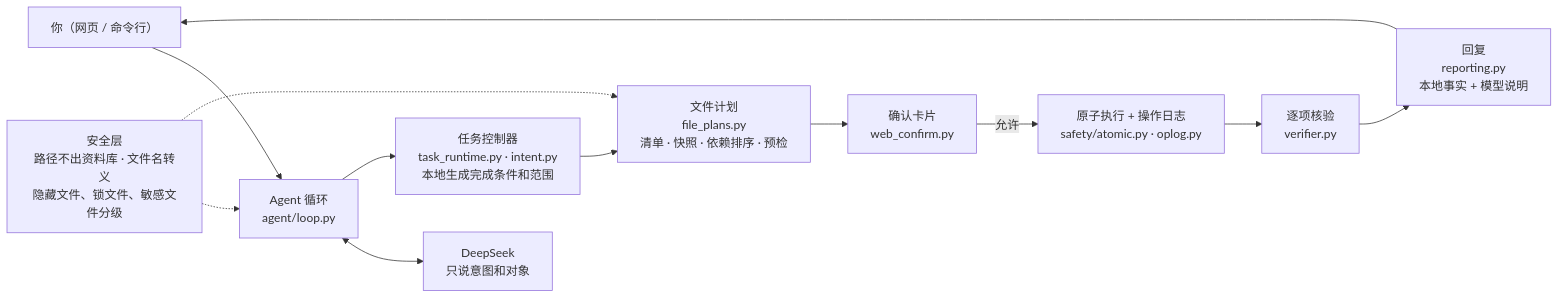
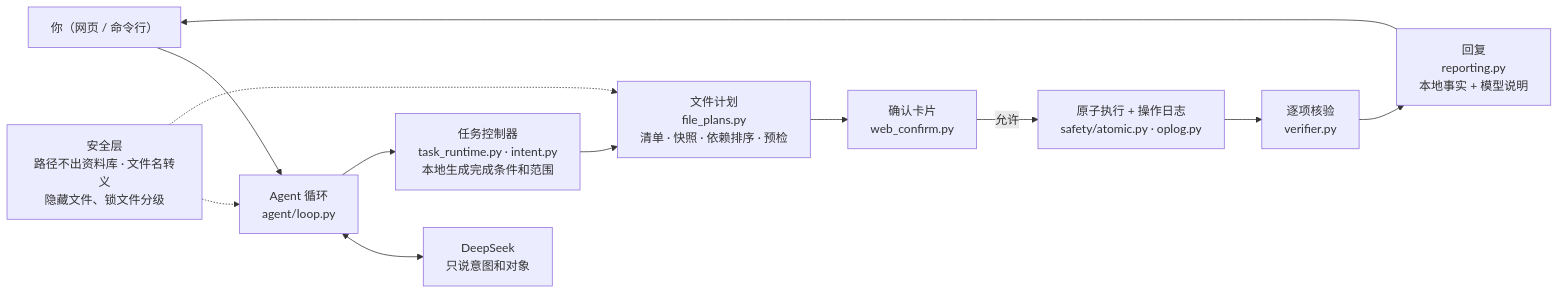
The diagram in README.md (NanjoCas/Filebutler), drawn with Mermaid before and after one commit. The commit also changed other lines of this file and 7 other files, not shown here.

````diff
--- a/README.md
+++ b/README.md
@@ -39,14 +40,14 @@
 ```mermaid
 flowchart LR
     U["你（网页 / 命令行）"] --> L["Agent 循环<br/>agent/loop.py"]
     L <--> M["DeepSeek<br/>只说意图和对象"]
     L --> T["任务控制器<br/>task_runtime.py · intent.py<br/>本地生成完成条件和范围"]
     T --> P["文件计划<br/>file_plans.py<br/>清单 · 快照 · 依赖排序 · 预检"]
     P --> C["确认卡片<br/>web_confirm.py"]
     C -->|允许| X["原子执行 + 操作日志<br/>safety/atomic.py · oplog.py"]
     X --> V["逐项核验<br/>verifier.py"]
     V --> R["回复<br/>reporting.py<br/>本地事实 + 模型说明"]
     R --> U
-    S["安全层<br/>路径不出资料库 · 文件名转义<br/>隐藏文件、锁文件、敏感文件分级"] -.-> L
+    S["安全层<br/>路径不出资料库 · 文件名转义<br/>隐藏文件、锁文件分级"] -.-> L
     S -.-> P
 ```
````
